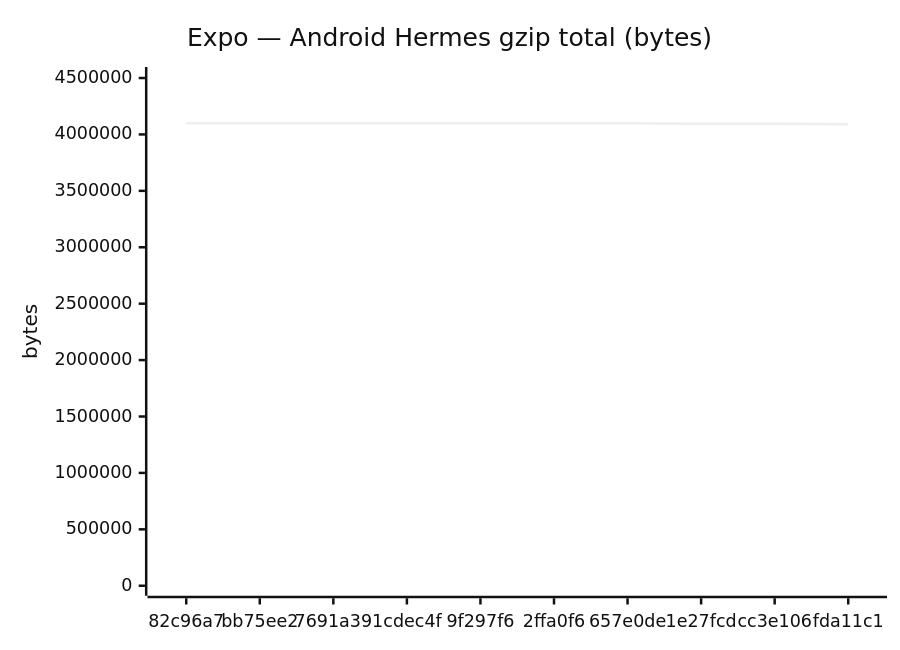
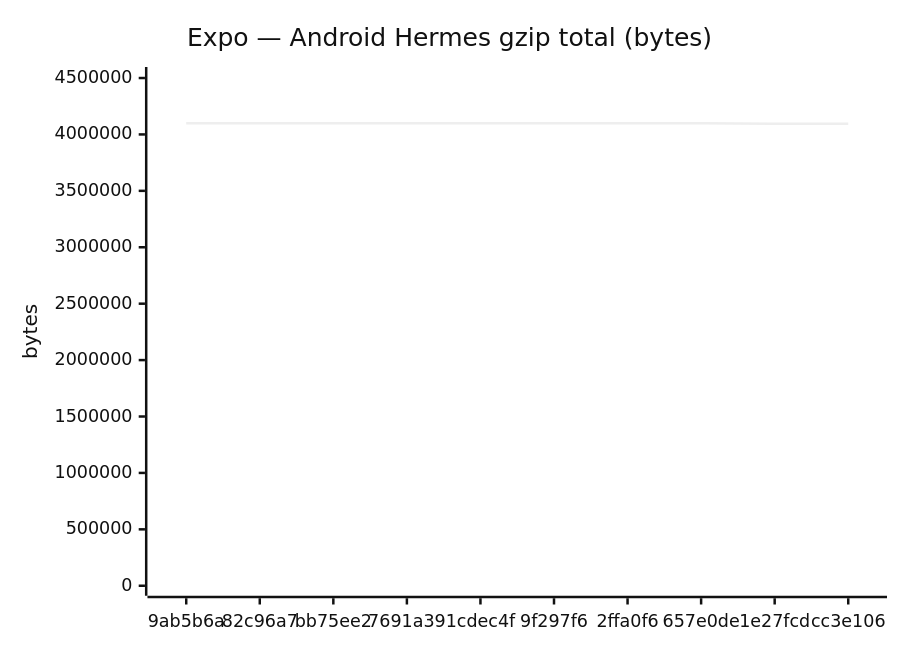
One commit to Metaheurist/Rianell changed the fifth of 18 diagrams in benchmarks/compare.md. Above: the diagram before and after it, drawn with Mermaid (neutral theme). The commit also changed other lines of this file and 11 other files, not shown here.

````diff
--- a/benchmarks/compare.md
+++ b/benchmarks/compare.md
@@ -89,7 +89,7 @@
 ```mermaid
 xychart-beta
     title "Expo — Android Hermes gzip total (bytes)"
-    x-axis ["82c96a7", "bb75ee2", "7691a39", "1cdec4f", "9f297f6", "2ffa0f6", "657e0de", "1e27fcd", "cc3e106", "fda11c1"]
+    x-axis ["9ab5b6a", "82c96a7", "bb75ee2", "7691a39", "1cdec4f", "9f297f6", "2ffa0f6", "657e0de", "1e27fcd", "cc3e106"]
     y-axis "bytes" 0 --> 4509037
-    line [4098085, 4098255, 4098083, 4099120, 4099121, 4099124, 4098083, 4094465, 4094465, 4090789]
+    line [4098155, 4098085, 4098255, 4098083, 4099120, 4099121, 4099124, 4098083, 4094465, 4094465]
 ```
````
